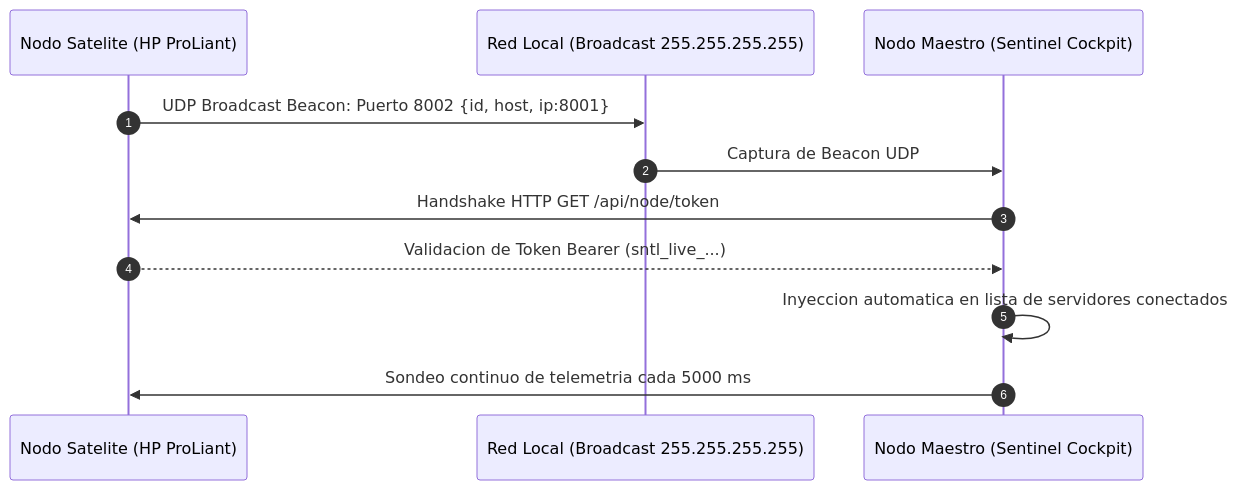
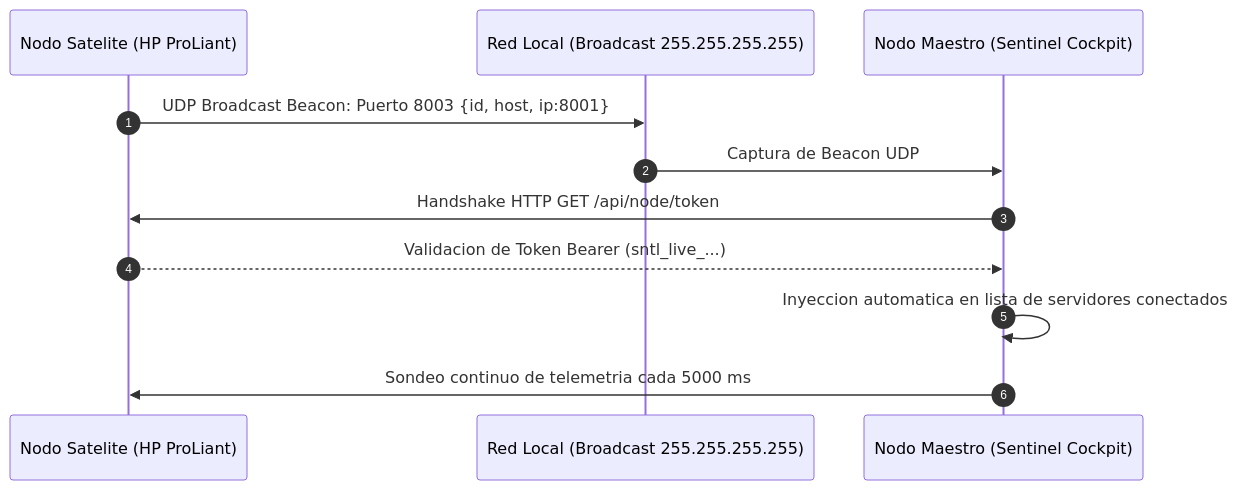
One commit to Maurisi0m/SentinelOS changed the second of 2 diagrams in README.md. Above: the diagram before and after it, drawn with Mermaid. The commit also changed other lines of this file and 4 other files, not shown here.

````diff
--- a/README.md
+++ b/README.md
@@ -95,14 +95,14 @@
 ```mermaid
 sequenceDiagram
     autonumber
     participant Satelite as Nodo Satelite (HP ProLiant)
     participant Red as Red Local (Broadcast 255.255.255.255)
     participant Maestro as Nodo Maestro (Sentinel Cockpit)
 
-    Satelite->>Red: UDP Broadcast Beacon: Puerto 8002 {id, host, ip:8001}
+    Satelite->>Red: UDP Broadcast Beacon: Puerto 8003 {id, host, ip:8001}
     Red->>Maestro: Captura de Beacon UDP
     Maestro->>Satelite: Handshake HTTP GET /api/node/token
     Satelite-->>Maestro: Validacion de Token Bearer (sntl_live_...)
     Maestro->>Maestro: Inyeccion automatica en lista de servidores conectados
     Maestro->>Satelite: Sondeo continuo de telemetria cada 5000 ms
 ```
````
